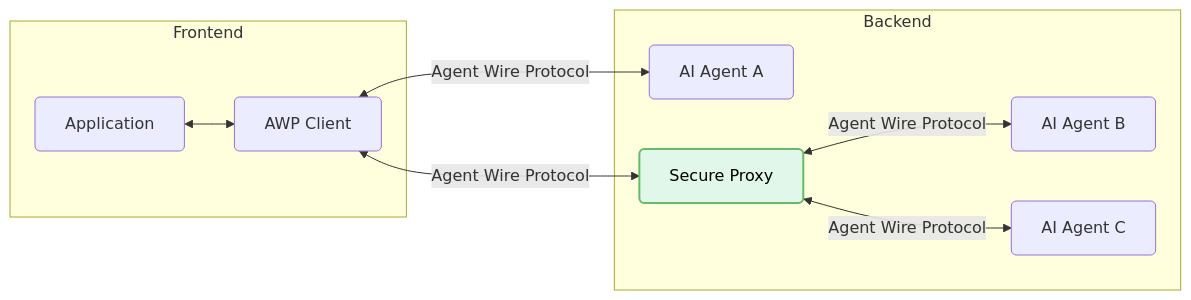
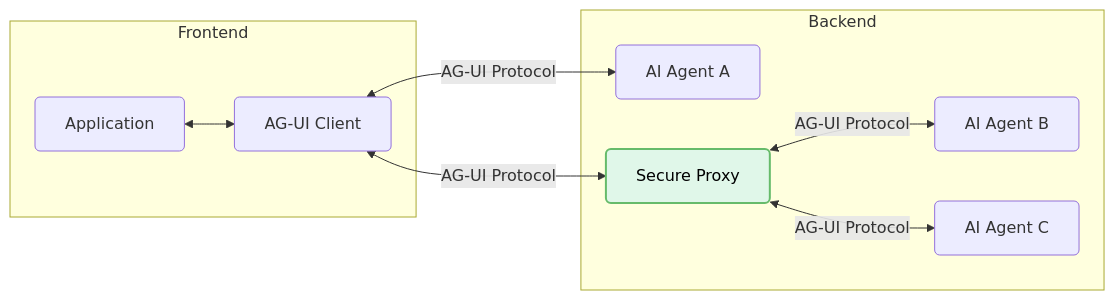
Before and after one commit to ag-ui-protocol/docs: the diagram in concepts/architecture.mdx, drawn with Mermaid. The commit also changed other lines of this file and 25 other files, not shown here.

````diff
--- a/concepts/architecture.mdx
+++ b/concepts/architecture.mdx
@@ -15,30 +16,30 @@
 ```mermaid
 flowchart LR
     subgraph "Frontend"
         App["Application"]
-        Client["AWP Client"]
+        Client["AG-UI Client"]
     end
 
     subgraph "Backend"
         A1["AI Agent A"]
         P["Secure Proxy"]
         A2["AI Agent B"]
         A3["AI Agent C"]
     end
 
     App <--> Client
-    Client <-->|"Agent Wire Protocol"| A1
-    Client <-->|"Agent Wire Protocol"| P
-    P <-->|"Agent Wire Protocol"| A2
-    P <-->|"Agent Wire Protocol"| A3
+    Client <-->|"AG-UI Protocol"| A1
+    Client <-->|"AG-UI Protocol"| P
+    P <-->|"AG-UI Protocol"| A2
+    P <-->|"AG-UI Protocol"| A3
 
     class P mintStyle;
     classDef mintStyle fill:#E0F7E9,stroke:#66BB6A,stroke-width:2px,color:#000000;
 
     style App rx:5, ry:5;
     style Client rx:5, ry:5;
     style A1 rx:5, ry:5;
     style P rx:5, ry:5;
     style A2 rx:5, ry:5;
     style A3 rx:5, ry:5;
 ```
````
